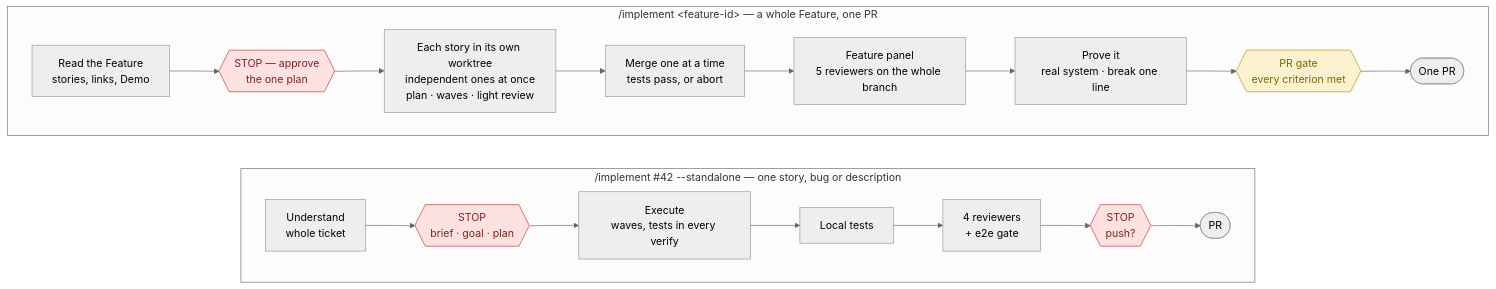
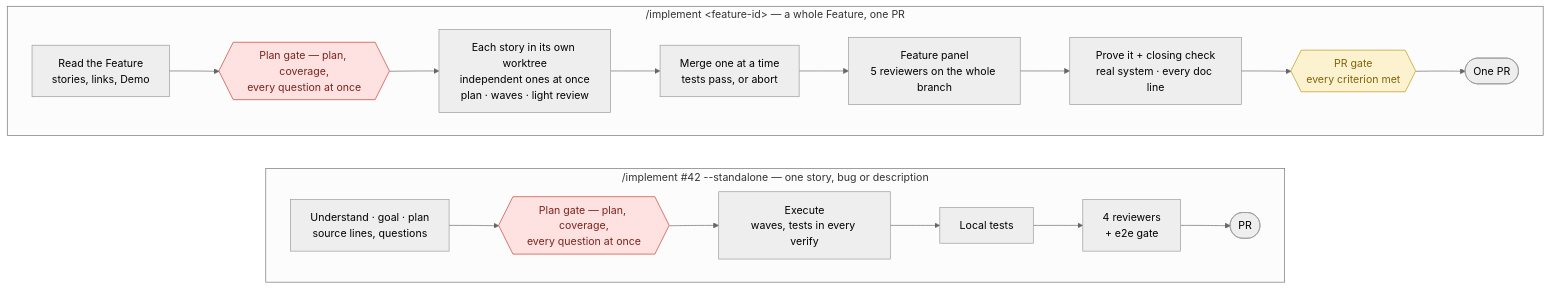
One commit to anudeeps28/claude-code-harness changed the first of 4 diagrams in README.md. Above: the diagram before and after it, drawn with Mermaid (neutral theme). The commit also changed other lines of this file and 9 other files, not shown here.

First line of the commit message:
feat(coverage-audit): the closing check, and docs in sync for the plan-to-PR flow

````diff
--- a/README.md
+++ b/README.md
@@ -16,30 +16,29 @@
 ```mermaid
 flowchart TB
     subgraph F["/implement &lt;feature-id&gt; — a whole Feature, one PR"]
         direction LR
-        F1["Read the Feature<br/>stories, links, Demo"] --> F2{{"STOP — approve<br/>the one plan"}}
+        F1["Read the Feature<br/>stories, links, Demo"] --> F2{{"Plan gate — plan, coverage,<br/>every question at once"}}
         F2 --> F3["Each story in its own worktree<br/>independent ones at once<br/>plan · waves · light review"]
         F3 --> F4["Merge one at a time<br/>tests pass, or abort"]
         F4 --> F5["Feature panel<br/>5 reviewers on the whole branch"]
-        F5 --> F6["Prove it<br/>real system · break one line"]
+        F5 --> F6["Prove it + closing check<br/>real system · every doc line"]
         F6 --> F7{{"PR gate<br/>every criterion met"}}
         F7 --> F8(["One PR"])
     end
 
     subgraph S["/implement #42 --standalone — one story, bug or description"]
         direction LR
-        S1["Understand<br/>whole ticket"] --> S2{{"STOP<br/>brief · goal · plan"}}
+        S1["Understand · goal · plan<br/>source lines, questions"] --> S2{{"Plan gate — plan, coverage,<br/>every question at once"}}
         S2 --> S3["Execute<br/>waves, tests in every verify"]
         S3 --> S4["Local tests"]
         S4 --> S5["4 reviewers<br/>+ e2e gate"]
-        S5 --> S6{{"STOP<br/>push?"}}
-        S6 --> S7(["PR"])
+        S5 --> S7(["PR"])
     end
 
     F ~~~ S
 
     classDef stop fill:#fde2e1,stroke:#c0392b,color:#7b241c
     classDef gate fill:#fdf2d0,stroke:#b7950b,color:#7d6608
-    class F2,S2,S6 stop
+    class F2,S2 stop
     class F7 gate
 ```
````
